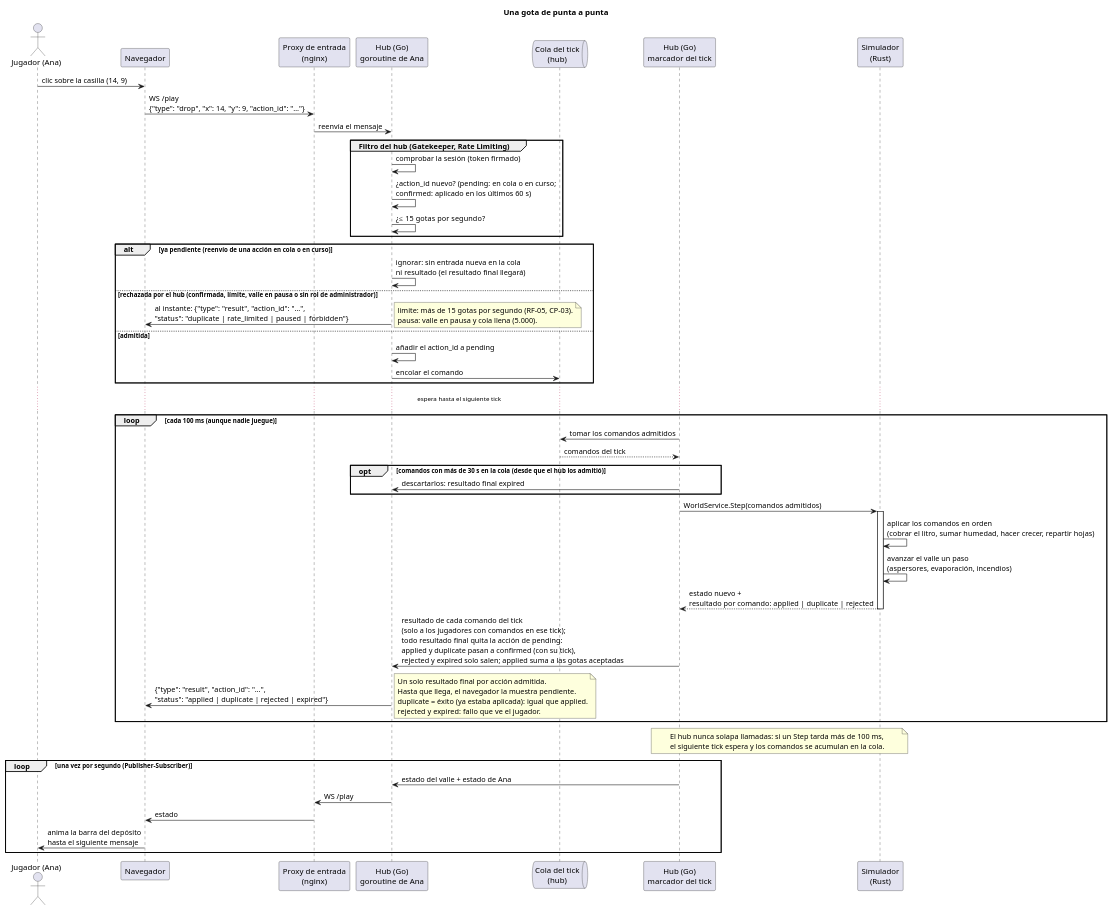
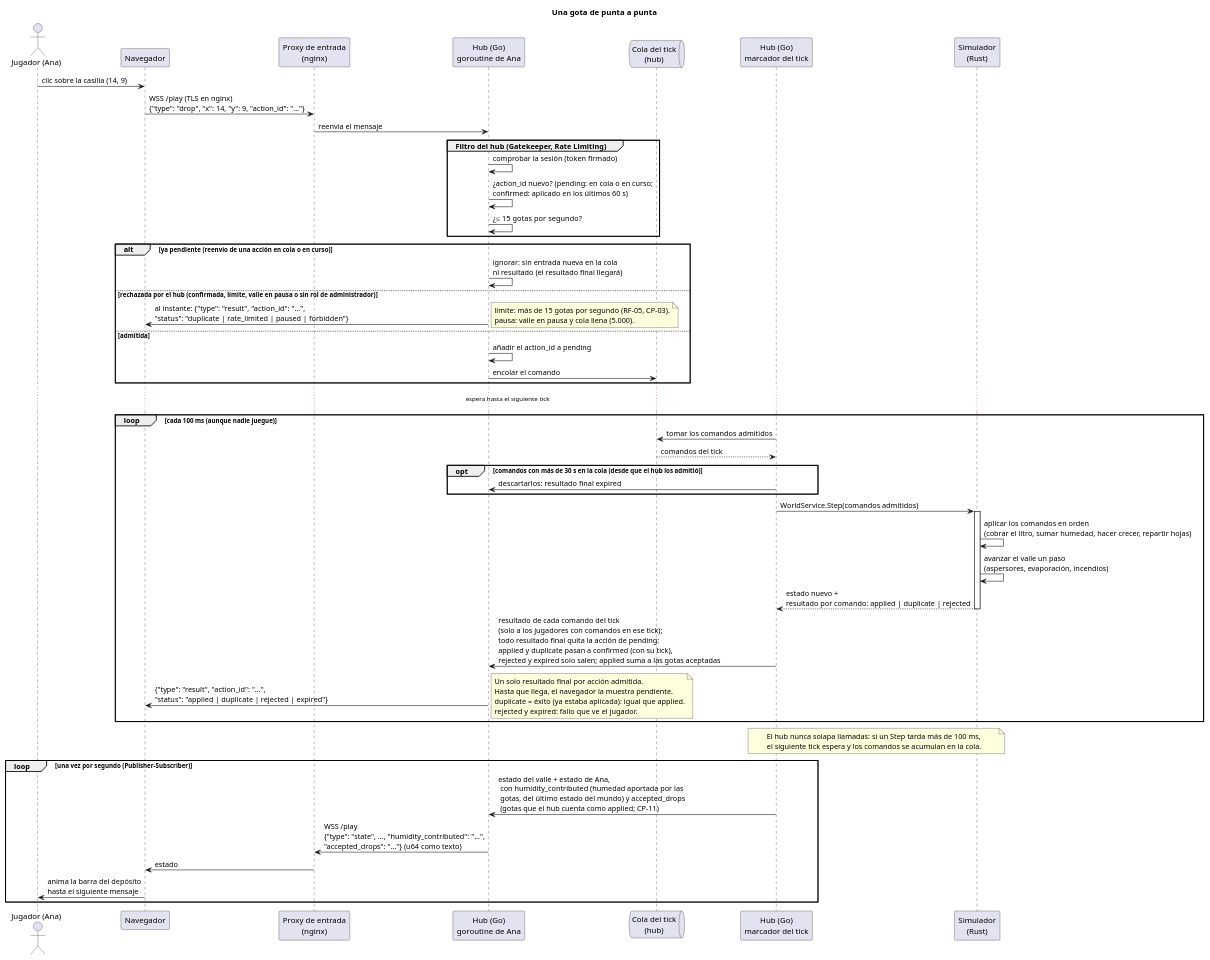
The diagram in docs/diagrams/03-secuencia-gota.puml (iadev2005/hydrovalley), drawn with PlantUML before and after one commit. The commit also changed 7 other files, not shown here.

Commit message:
docs(diagrams): bring diagrams in line with the code

```diff
--- a/docs/diagrams/03-secuencia-gota.puml
+++ b/docs/diagrams/03-secuencia-gota.puml
@@ -1,71 +1,71 @@
 @startuml 03-secuencia-gota
 title Una gota de punta a punta
 
 actor "Jugador (Ana)" as Ana
 participant "Navegador" as Browser
 participant "Proxy de entrada\n(nginx)" as Proxy
 participant "Hub (Go)\ngoroutine de Ana" as Goroutine
 queue "Cola del tick\n(hub)" as Queue
 participant "Hub (Go)\nmarcador del tick" as Ticker
 participant "Simulador\n(Rust)" as World
 
 Ana -> Browser : clic sobre la casilla (14, 9)
-Browser -> Proxy : WS /play\n{"type": "drop", "x": 14, "y": 9, "action_id": "…"}
+Browser -> Proxy : WSS /play (TLS en nginx)\n{"type": "drop", "x": 14, "y": 9, "action_id": "…"}
 Proxy -> Goroutine : reenvía el mensaje
 
 group Filtro del hub (Gatekeeper, Rate Limiting)
   Goroutine -> Goroutine : comprobar la sesión (token firmado)
   Goroutine -> Goroutine : ¿action_id nuevo? (pending: en cola o en curso;\nconfirmed: aplicado en los últimos 60 s)
   Goroutine -> Goroutine : ¿≤ 15 gotas por segundo?
 end
 
 alt ya pendiente (reenvío de una acción en cola o en curso)
   Goroutine -> Goroutine : ignorar: sin entrada nueva en la cola\nni resultado (el resultado final llegará)
 else rechazada por el hub (confirmada, límite, valle en pausa o sin rol de administrador)
   Goroutine -> Browser : al instante: {"type": "result", "action_id": "…",\n"status": "duplicate | rate_limited | paused | forbidden"}
   note right
     limite: más de 15 gotas por segundo (RF-05, CP-03).
     pausa: valle en pausa y cola llena (5.000).
   end note
 else admitida
   Goroutine -> Goroutine : añadir el action_id a pending
   Goroutine -> Queue : encolar el comando
 end
 
 ... espera hasta el siguiente tick ...
 
 loop cada 100 ms (aunque nadie juegue)
   Ticker -> Queue : tomar los comandos admitidos
   Queue --> Ticker : comandos del tick
   opt comandos con más de 30 s en la cola (desde que el hub los admitió)
     Ticker -> Goroutine : descartarlos: resultado final expired
   end
   Ticker -> World : WorldService.Step(comandos admitidos)
   activate World
   World -> World : aplicar los comandos en orden\n(cobrar el litro, sumar humedad, hacer crecer, repartir hojas)
   World -> World : avanzar el valle un paso\n(aspersores, evaporación, incendios)
   World --> Ticker : estado nuevo +\nresultado por comando: applied | duplicate | rejected
   deactivate World
   Ticker -> Goroutine : resultado de cada comando del tick\n(solo a los jugadores con comandos en ese tick);\ntodo resultado final quita la acción de pending:\napplied y duplicate pasan a confirmed (con su tick),\nrejected y expired solo salen; applied suma a las gotas aceptadas
   Goroutine -> Browser : {"type": "result", "action_id": "…",\n"status": "applied | duplicate | rejected | expired"}
   note right
     Un solo resultado final por acción admitida.
     Hasta que llega, el navegador la muestra pendiente.
     duplicate = éxito (ya estaba aplicada): igual que applied.
     rejected y expired: fallo que ve el jugador.
   end note
 end
 
 note over Ticker, World
   El hub nunca solapa llamadas: si un Step tarda más de 100 ms,
   el siguiente tick espera y los comandos se acumulan en la cola.
 end note
 
 loop una vez por segundo (Publisher-Subscriber)
-  Ticker -> Goroutine : estado del valle + estado de Ana
-  Goroutine -> Proxy : WS /play
+  Ticker -> Goroutine : estado del valle + estado de Ana,\n con humidity_contributed (humedad aportada por las\n gotas, del último estado del mundo) y accepted_drops\n (gotas que el hub cuenta como applied; CP-11)
+  Goroutine -> Proxy : WSS /play\n{"type": "state", …, "humidity_contributed": "…",\n"accepted_drops": "…"} (u64 como texto)
   Proxy -> Browser : estado
   Browser -> Ana : anima la barra del depósito\nhasta el siguiente mensaje
 end
 
 @enduml
```
